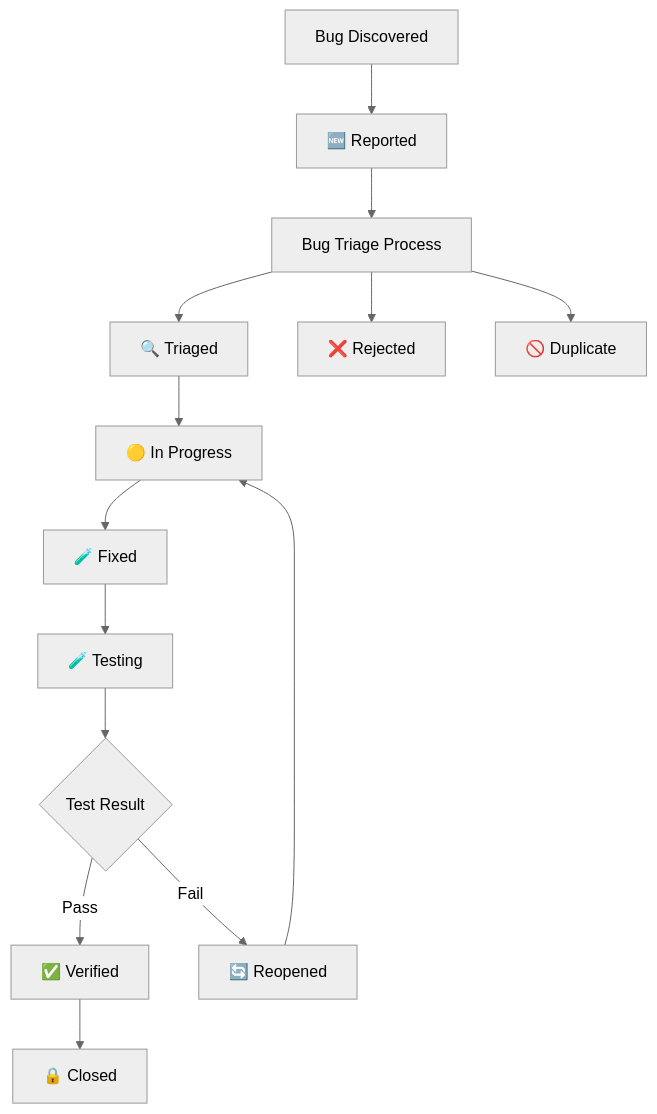
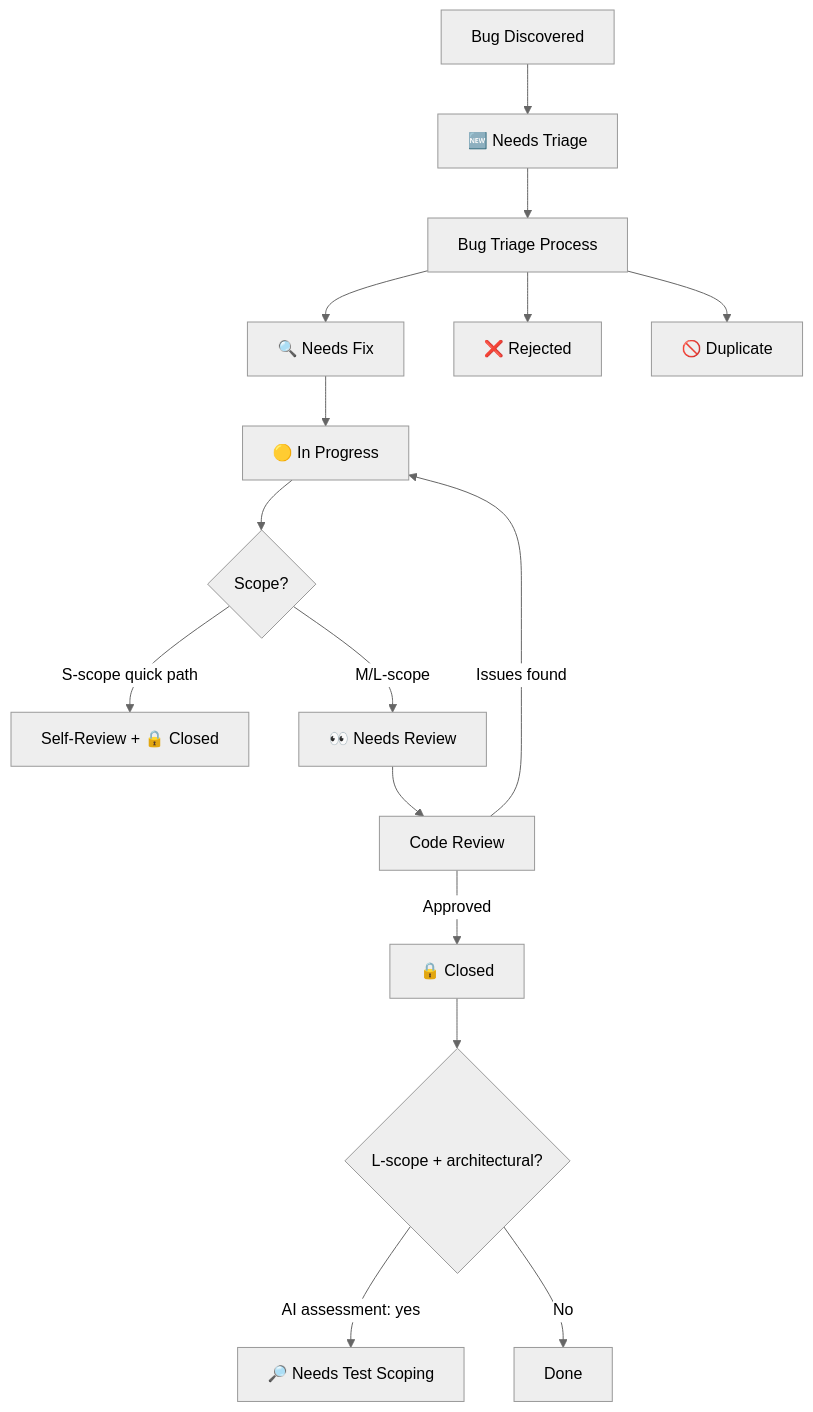
One commit to Abtomation/LinkWatcher changed the diagram in doc/state-tracking/permanent/bug-tracking.md. Above: the diagram before and after it, drawn with Mermaid (neutral theme). The commit also changed other lines of this file and 354 other files, not shown here.

````diff
--- a/doc/state-tracking/permanent/bug-tracking.md
+++ b/doc/state-tracking/permanent/bug-tracking.md
@@ -85,16 +84,18 @@
 ```mermaid
 graph TD
-    A[Bug Discovered] --> B[🆕 Reported]
+    A[Bug Discovered] --> B[🆕 Needs Triage]
     B --> C[Bug Triage Process]
-    C --> D[🔍 Triaged]
-    D --> E[🟡 In Progress]
-    E --> F[🧪 Fixed]
-    F --> G[🧪 Testing]
-    G --> H{Test Result}
-    H -->|Pass| I[✅ Verified]
-    H -->|Fail| J[🔄 Reopened]
-    I --> K[🔒 Closed]
-    J --> E
+    C --> D[🔍 Needs Fix]
     C --> L[❌ Rejected]
     C --> M[🚫 Duplicate]
+    D --> E[🟡 In Progress]
+    E --> F{Scope?}
+    F -->|S-scope quick path| G[Self-Review + 🔒 Closed]
+    F -->|M/L-scope| H[👀 Needs Review]
+    H --> I[Code Review]
+    I -->|Approved| K[🔒 Closed]
+    I -->|Issues found| E
+    K --> N{L-scope + architectural?}
+    N -->|AI assessment: yes| O[🔎 Needs Test Scoping]
+    N -->|No| P[Done]
 ```
````
